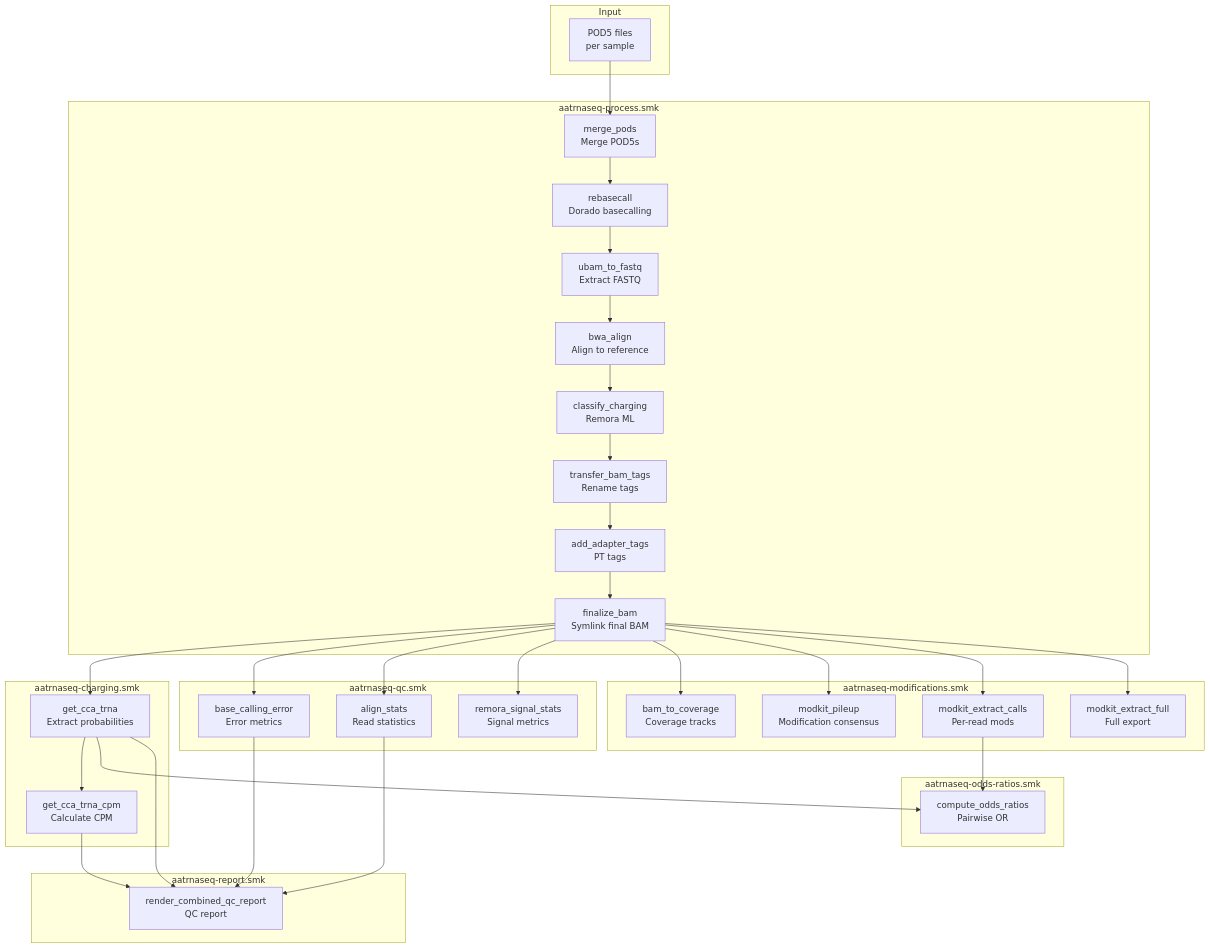
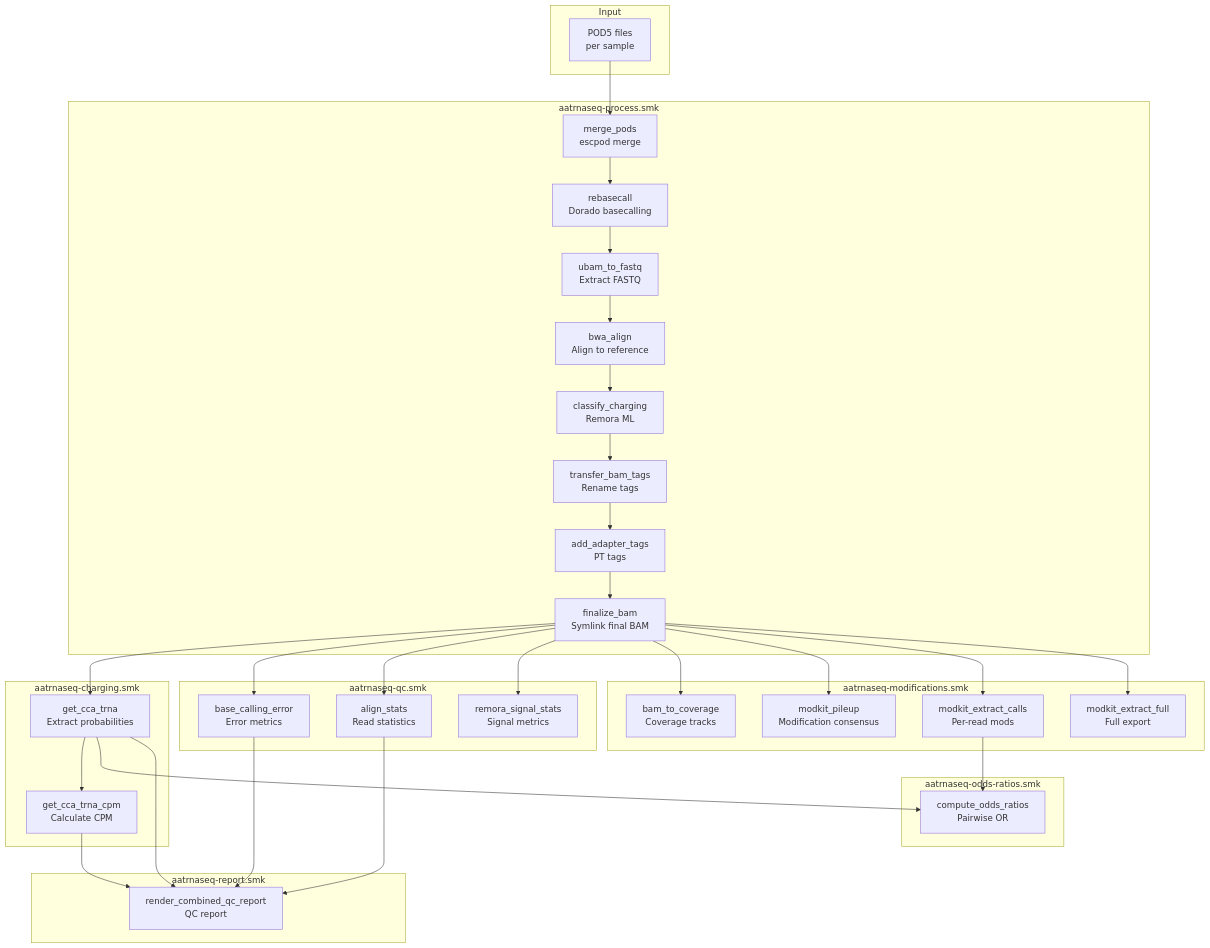
One commit to rnabioco/aa-tRNA-seq-pipeline changed the second of 3 diagrams in docs/workflow/overview.md. Above: the diagram before and after it, drawn with Mermaid. The commit also changed other lines of this file and 24 other files, not shown here.

````diff
--- a/docs/workflow/overview.md
+++ b/docs/workflow/overview.md
@@ -35,60 +35,60 @@
 ```mermaid
 flowchart TB
     subgraph Input
         A[POD5 files<br/>per sample]
     end
 
     subgraph Processing[aatrnaseq-process.smk]
-        B[merge_pods<br/>Merge POD5s]
+        B[merge_pods<br/>escpod merge]
         C[rebasecall<br/>Dorado basecalling]
         D[ubam_to_fastq<br/>Extract FASTQ]
         E[bwa_align<br/>Align to reference]
         F[classify_charging<br/>Remora ML]
         G[transfer_bam_tags<br/>Rename tags]
         G2[add_adapter_tags<br/>PT tags]
         G3[finalize_bam<br/>Symlink final BAM]
     end
 
     subgraph Charging[aatrnaseq-charging.smk]
         H[get_cca_trna<br/>Extract probabilities]
         I[get_cca_trna_cpm<br/>Calculate CPM]
     end
 
     subgraph QC[aatrnaseq-qc.smk]
         J[base_calling_error<br/>Error metrics]
         K[align_stats<br/>Read statistics]
         L[remora_signal_stats<br/>Signal metrics]
     end
 
     subgraph Mods[aatrnaseq-modifications.smk]
         M[bam_to_coverage<br/>Coverage tracks]
         N[modkit_pileup<br/>Modification consensus]
         O[modkit_extract_calls<br/>Per-read mods]
         P[modkit_extract_full<br/>Full export]
     end
 
     subgraph OddsRatios[aatrnaseq-odds-ratios.smk]
         Q[compute_odds_ratios<br/>Pairwise OR]
     end
 
     subgraph Report[aatrnaseq-report.smk]
         R[render_combined_qc_report<br/>QC report]
     end
 
     A --> B --> C --> D --> E --> F --> G --> G2 --> G3
 
     G3 --> H --> I
     G3 --> J
     G3 --> K
     G3 --> L
     G3 --> M
     G3 --> N
     G3 --> O
     G3 --> P
     O --> Q
     H --> Q
     J --> R
     H --> R
     I --> R
     K --> R
 ```
````
